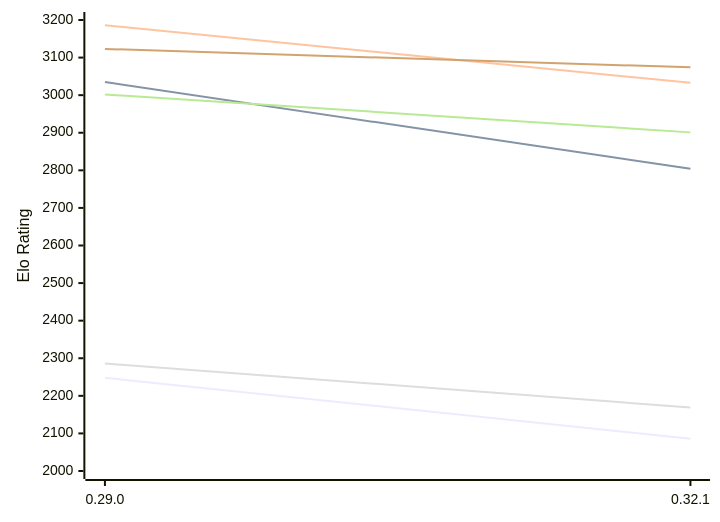
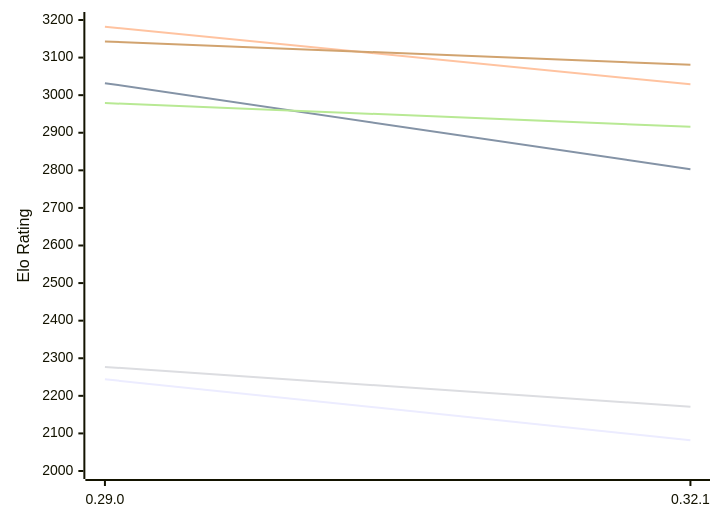
One commit to computer-chess-index/cci changed the first of 2 diagrams in engines/Lc0.md. Above: the diagram before and after it, drawn with Mermaid. The commit also changed other lines of this file, not shown here.

Commit message:
Update CCI Ratings (ELO VLTC) - 2026-11-21

````diff
--- a/engines/Lc0.md
+++ b/engines/Lc0.md
@@ -50,12 +50,12 @@
 ```mermaid
 %%{init: {"theme":"base","themeVariables":{"seriesColors:['#a3a3a3','#222221','#faa371']}}}%%
 xychart-beta
   x-axis ["0.29.0", "0.32.1"]
   y-axis "Elo Rating" 2000 --> 3200
-  line "E1: STC (8.0+0.08s)" [2248, 2086]
-  line "E1: LTC (60.0+0.60s)" [3035, 2804]
-  line "E1: VLTC (2m24s+1.12s)" [3186, 3033]
-  line "P1: STC (8.0+0.08s)" [2286, 2169]
-  line "P1: LTC (60.0+0.60s)" [3002, 2901]
-  line "P1: VLTC (2m24s+1.12s)" [3123, 3074]
+  line "E1: STC (8.0+0.08s)" [2244, 2082]
+  line "E1: LTC (60.0+0.60s)" [3032, 2803]
+  line "E1: VLTC (2m24s+1.12s)" [3182, 3029]
+  line "P1: STC (8.0+0.08s)" [2277, 2171]
+  line "P1: LTC (60.0+0.60s)" [2979, 2916]
+  line "P1: VLTC (2m24s+1.12s)" [3143, 3081]
 ```
````
